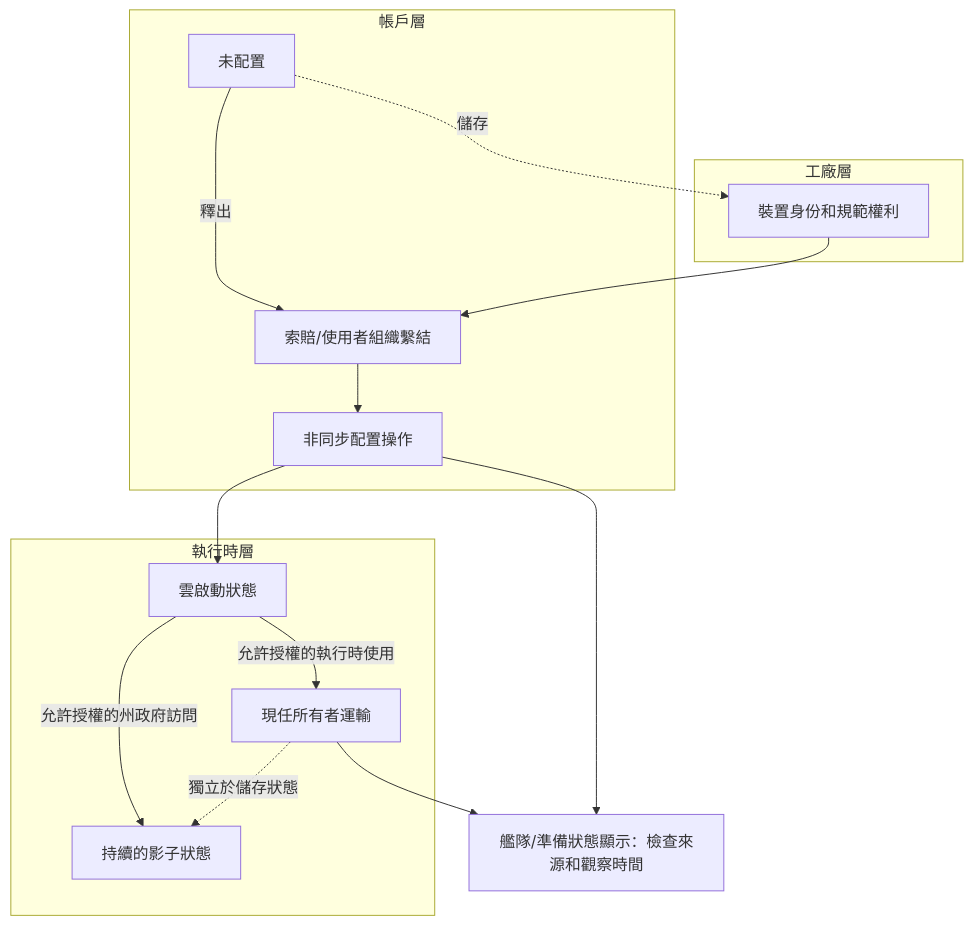
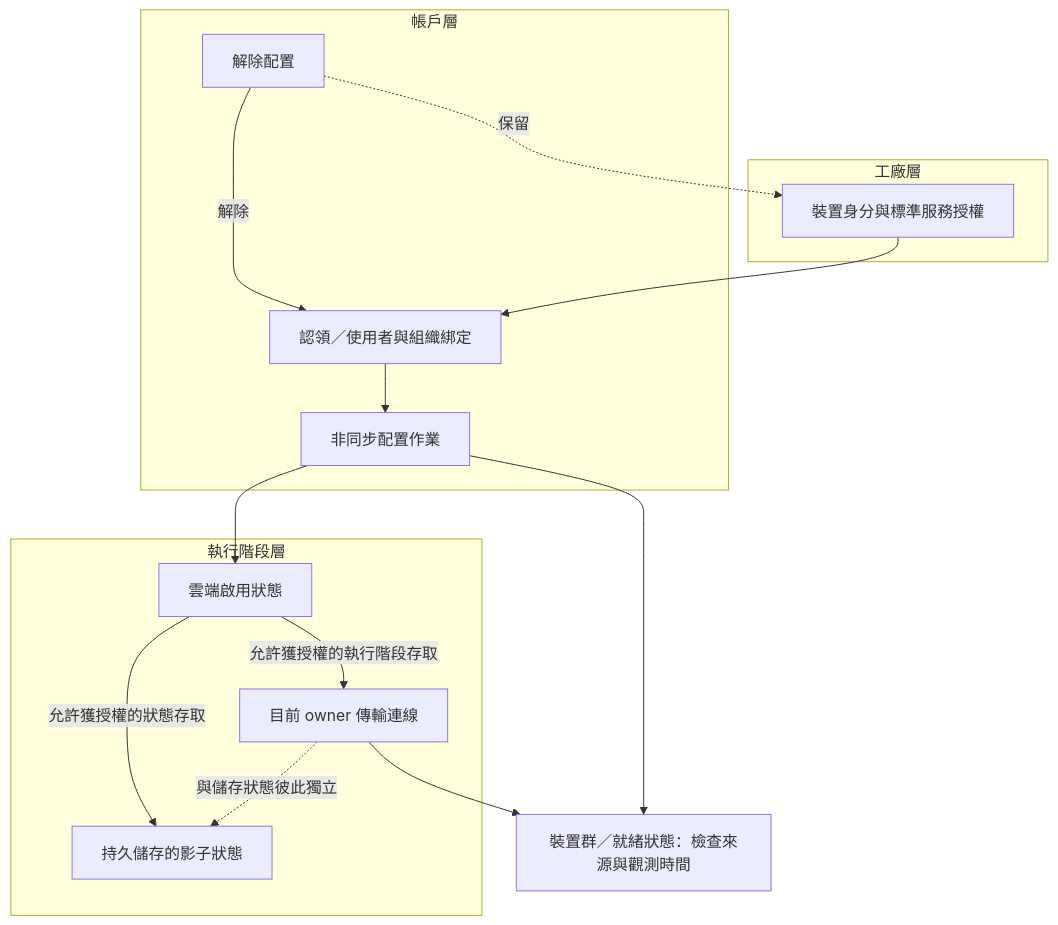
Before and after one commit to hkt999rtk/rtk_cloud_admin: the diagram in web/content/developer-docs/assets/lifecycle-layers.zh-TW.mmd, drawn with Mermaid. The commit also changed 178 other files, not shown here.

```diff
--- a/web/content/developer-docs/assets/lifecycle-layers.zh-TW.mmd
+++ b/web/content/developer-docs/assets/lifecycle-layers.zh-TW.mmd
@@ -1,22 +1,22 @@
 flowchart TB
     subgraph Factory["工廠層"]
-        Identity["裝置身份和規範權利"]
+        Identity["裝置身分與標準服務授權"]
     end
     subgraph Account["帳戶層"]
-        Claim["索賠/使用者組織繫結"] --> Activation["非同步配置操作"]
-        Release["未配置"] -->|"釋出"| Claim
+        Claim["認領／使用者與組織綁定"] --> Activation["非同步配置作業"]
+        Release["解除配置"] -->|"解除"| Claim
     end
-    subgraph Runtime["執行時層"]
-        Enabled["雲啟動狀態"]
-        Owner["現任所有者運輸"]
-        Shadow["持續的影子狀態"]
+    subgraph Runtime["執行階段層"]
+        Enabled["雲端啟用狀態"]
+        Owner["目前 owner 傳輸連線"]
+        Shadow["持久儲存的影子狀態"]
     end
     Identity --> Claim
     Activation --> Enabled
-    Enabled -->|"允許授權的執行時使用"| Owner
-    Enabled -->|"允許授權的州政府訪問"| Shadow
-    Release -.->|"儲存"| Identity
-    Owner -.->|"獨立於儲存狀態"| Shadow
-    Status["艦隊/準備狀態顯示：檢查來源和觀察時間"]
+    Enabled -->|"允許獲授權的執行階段存取"| Owner
+    Enabled -->|"允許獲授權的狀態存取"| Shadow
+    Release -.->|"保留"| Identity
+    Owner -.->|"與儲存狀態彼此獨立"| Shadow
+    Status["裝置群／就緒狀態：檢查來源與觀測時間"]
     Activation --> Status
     Owner --> Status
```
